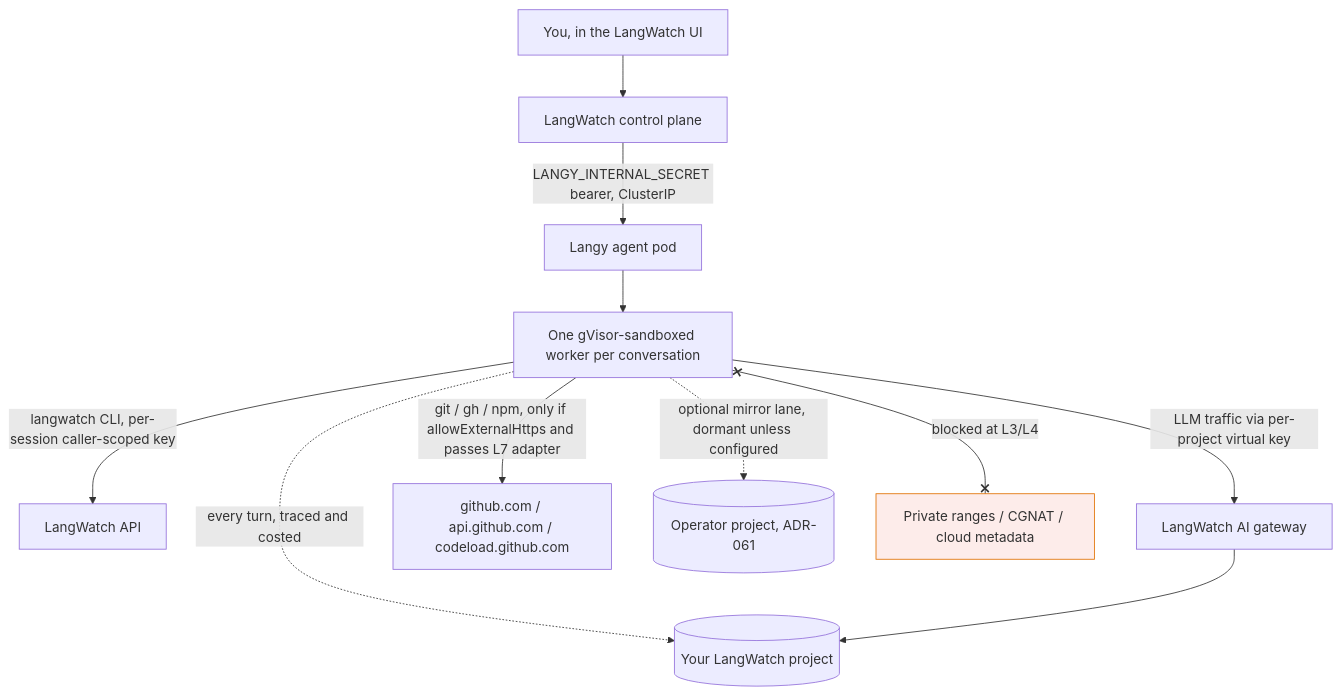
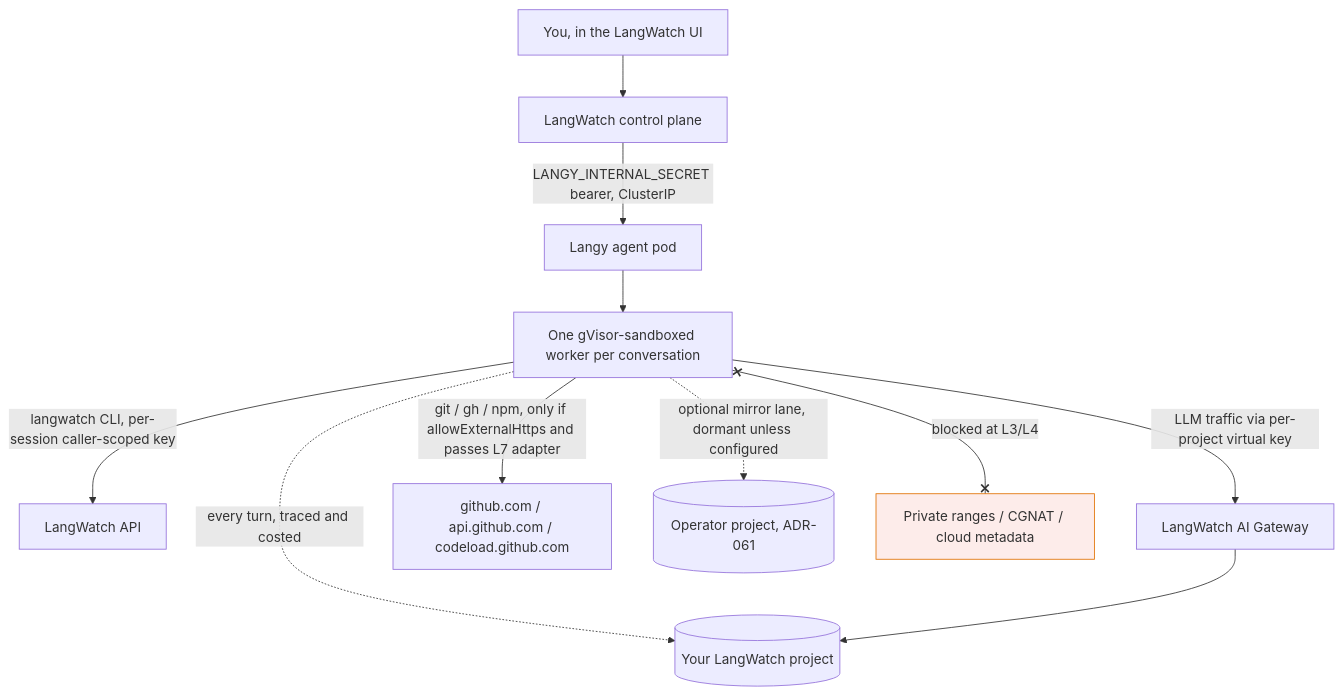
Before and after one commit to langwatch/langwatch: the diagram in docs/langy/security/data-flow-and-privacy.mdx, drawn with Mermaid. The commit also changed other lines of this file and 22 other files, not shown here.

````diff
--- a/docs/langy/security/data-flow-and-privacy.mdx
+++ b/docs/langy/security/data-flow-and-privacy.mdx
@@ -18,20 +18,20 @@
 ```mermaid
 flowchart TD
     U[You, in the LangWatch UI] --> CP[LangWatch control plane]
     CP -->|LANGY_INTERNAL_SECRET bearer, ClusterIP| AG[Langy agent pod]
     AG --> W[One gVisor-sandboxed worker per conversation]
 
     W -->|langwatch CLI, per-session caller-scoped key| API[LangWatch API]
-    W -->|LLM traffic via per-project virtual key| GW[LangWatch AI gateway]
+    W -->|LLM traffic via per-project virtual key| GW[LangWatch AI Gateway]
     W -->|git / gh / npm, only if allowExternalHttps and passes L7 adapter| EXT[github.com / api.github.com / codeload.github.com]
 
     W -.->|every turn, traced and costed| TR[(Your LangWatch project)]
     GW --> TR
 
     W -.->|optional mirror lane, dormant unless configured| MR[(Operator project, ADR-061)]
 
     W x--x|blocked at L3/L4| MD[Private ranges / CGNAT / cloud metadata]
 
     classDef blocked fill:#fdecea,stroke:#e17100;
     class MD blocked;
 ```
````
